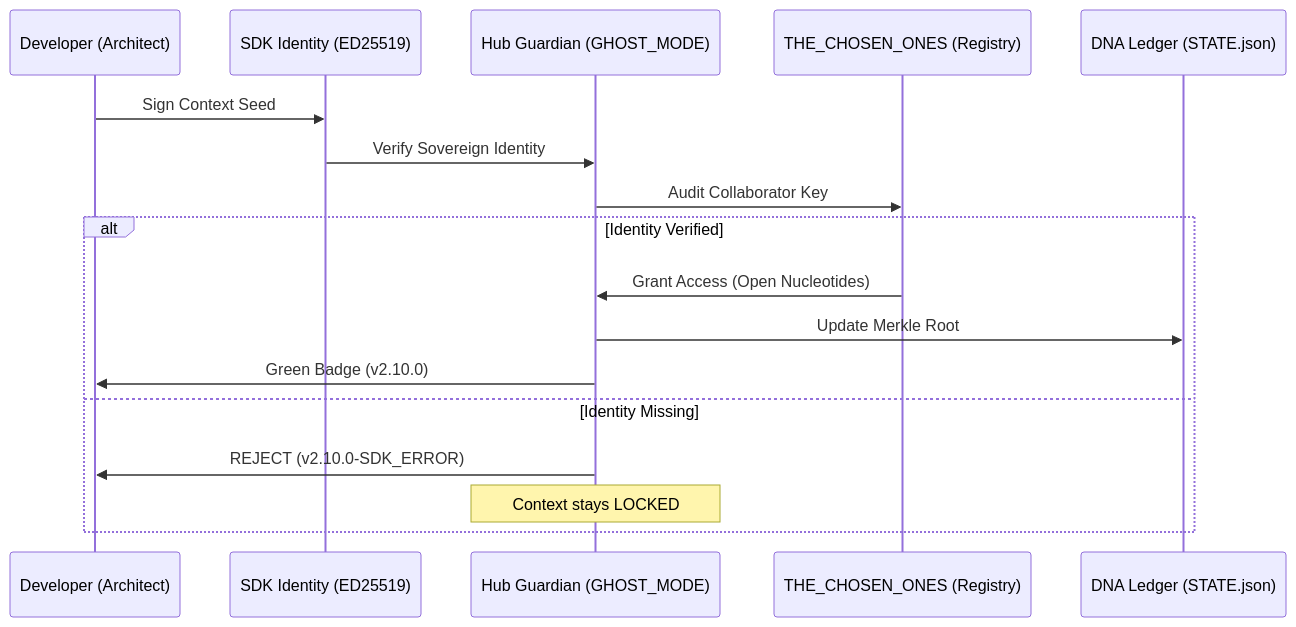
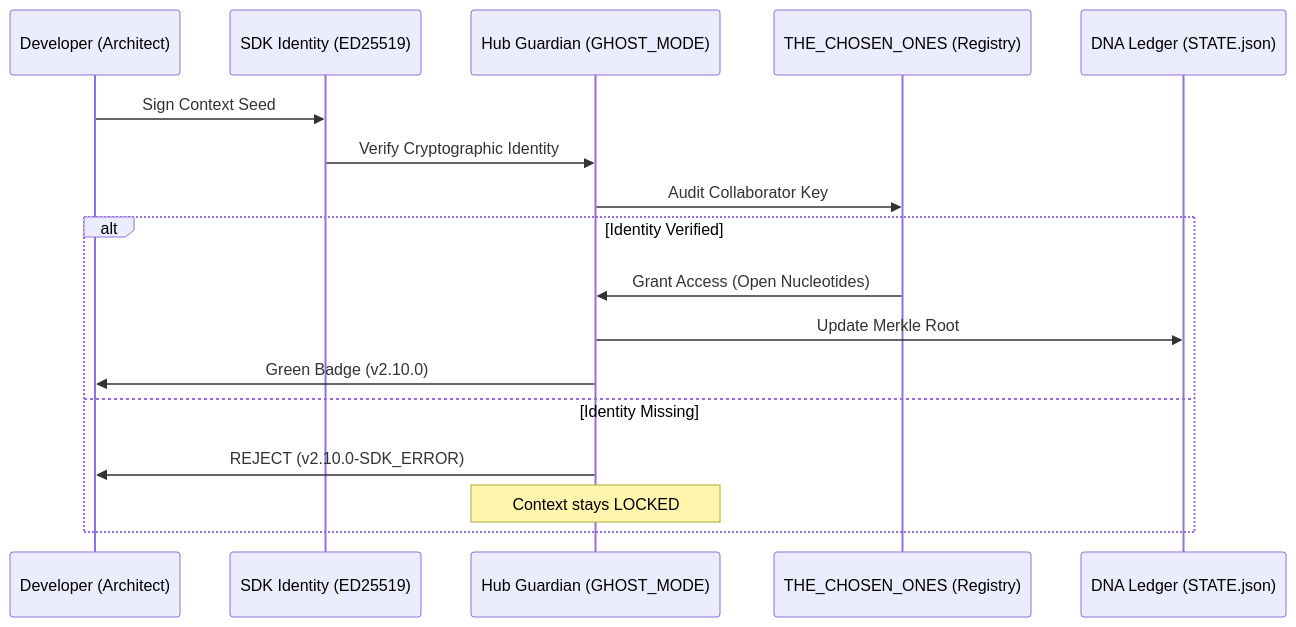
Before and after one commit to SteveBlackbeard/CHRONOLITH-by-Ethernium: the first of 3 diagrams in README.md, drawn with Mermaid. The commit also changed other lines of this file and 20 other files, not shown here.

````diff
--- a/README.md
+++ b/README.md
@@ -185,20 +185,20 @@
 ```mermaid
 sequenceDiagram
     participant D as Developer (Architect)
     participant SDK as SDK Identity (ED25519)
     participant HG as Hub Guardian (GHOST_MODE)
     participant TC as THE_CHOSEN_ONES (Registry)
     participant DNA as DNA Ledger (STATE.json)
 
     D->>SDK: Sign Context Seed
-    SDK->>HG: Verify Sovereign Identity
+    SDK->>HG: Verify Cryptographic Identity
     HG->>TC: Audit Collaborator Key
     alt Identity Verified
         TC->>HG: Grant Access (Open Nucleotides)
         HG->>DNA: Update Merkle Root
         HG->>D: Green Badge (v2.10.0)
     else Identity Missing
         HG->>D: REJECT (v2.10.0-SDK_ERROR)
         Note over HG: Context stays LOCKED
     end
 ```
````
